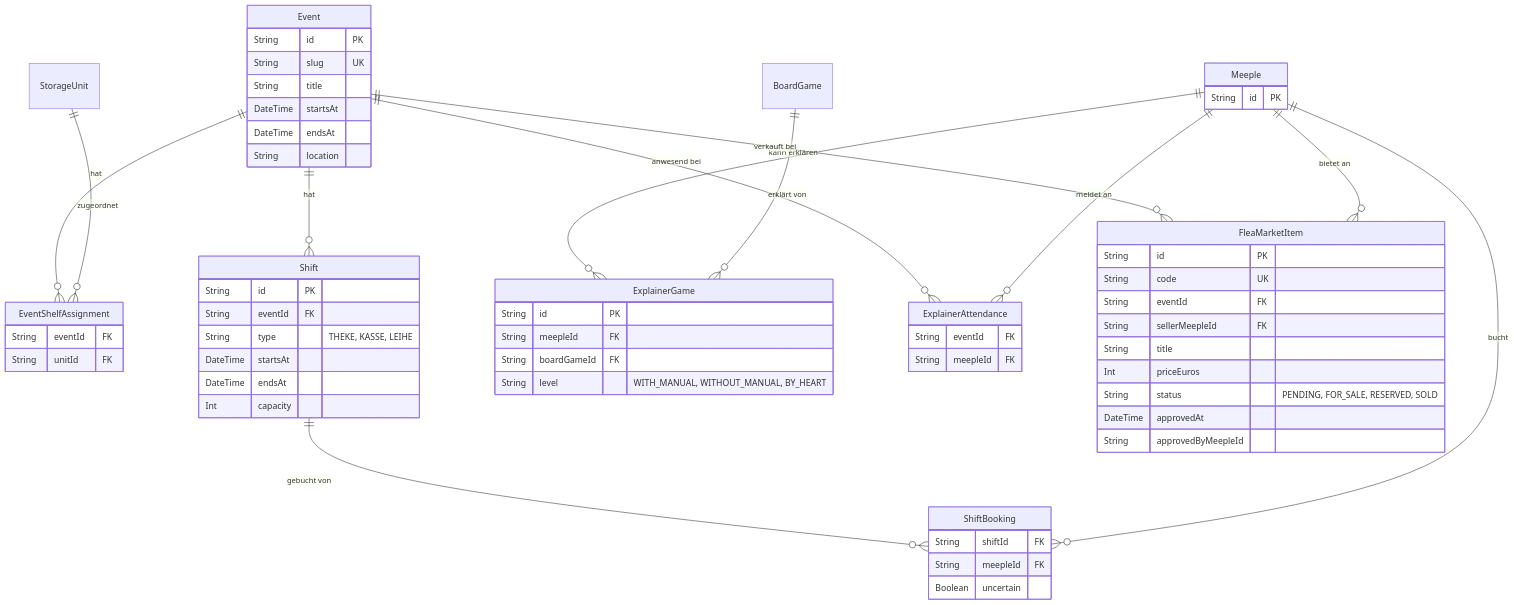
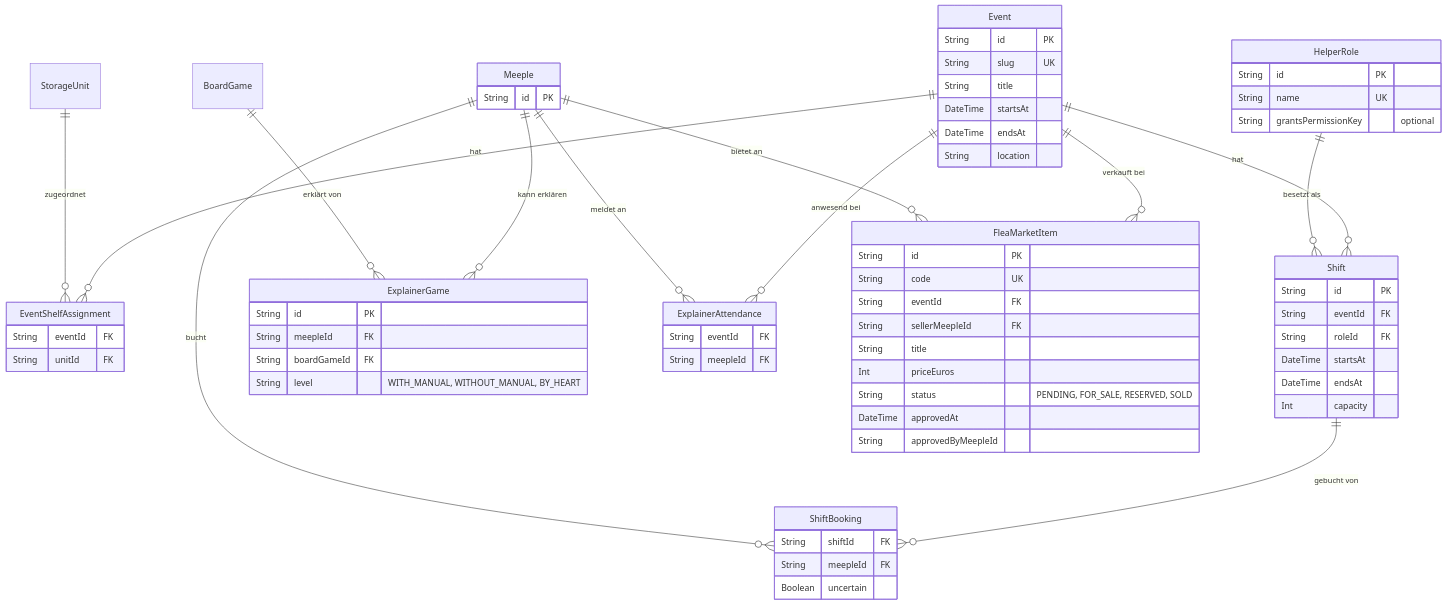
Before and after one commit to oecher-meeples/portal: the fifth of 5 diagrams in docs/schema.md, drawn with Mermaid. The commit also changed 19 other files, not shown here.

First line of the commit message:
feat(events): HelperRole ersetzt ShiftType-Enum (#152)

````diff
--- a/docs/schema.md
+++ b/docs/schema.md
@@ -330,71 +330,78 @@
 ```mermaid
 erDiagram
     Event {
         String id PK
         String slug UK
         String title
         DateTime startsAt
         DateTime endsAt
         String location
     }
 
     EventShelfAssignment {
         String eventId FK
         String unitId FK
     }
 
+    HelperRole {
+        String id PK
+        String name UK
+        String grantsPermissionKey "optional"
+    }
+
     Shift {
         String id PK
         String eventId FK
-        String type "THEKE, KASSE, LEIHE"
+        String roleId FK
         DateTime startsAt
         DateTime endsAt
         Int capacity
     }
 
     ShiftBooking {
         String shiftId FK
         String meepleId FK
         Boolean uncertain
     }
 
     ExplainerGame {
         String id PK
         String meepleId FK
         String boardGameId FK
         String level "WITH_MANUAL, WITHOUT_MANUAL, BY_HEART"
     }
 
     ExplainerAttendance {
         String eventId FK
         String meepleId FK
     }
 
     FleaMarketItem {
         String id PK
         String code UK
         String eventId FK
         String sellerMeepleId FK
         String title
         Int priceEuros
         String status "PENDING, FOR_SALE, RESERVED, SOLD"
         DateTime approvedAt
         String approvedByMeepleId
     }
 
     Event ||--o{ EventShelfAssignment : "hat"
     StorageUnit ||--o{ EventShelfAssignment : "zugeordnet"
     Event ||--o{ Shift : "hat"
+    HelperRole ||--o{ Shift : "besetzt als"
     Shift ||--o{ ShiftBooking : "gebucht von"
     Meeple ||--o{ ShiftBooking : "bucht"
     Meeple ||--o{ ExplainerGame : "kann erklären"
     BoardGame ||--o{ ExplainerGame : "erklärt von"
     Event ||--o{ ExplainerAttendance : "anwesend bei"
     Meeple ||--o{ ExplainerAttendance : "meldet an"
     Event ||--o{ FleaMarketItem : "verkauft bei"
     Meeple ||--o{ FleaMarketItem : "bietet an"
 
     Meeple {
         String id PK
     }
 ```
````
